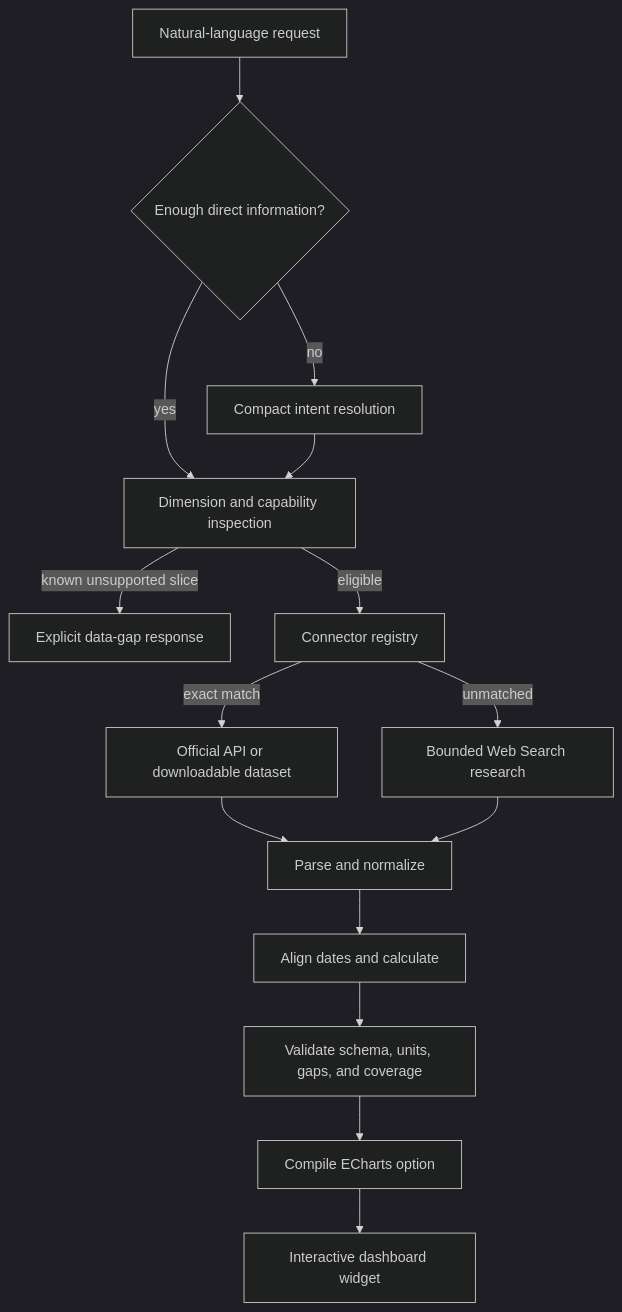
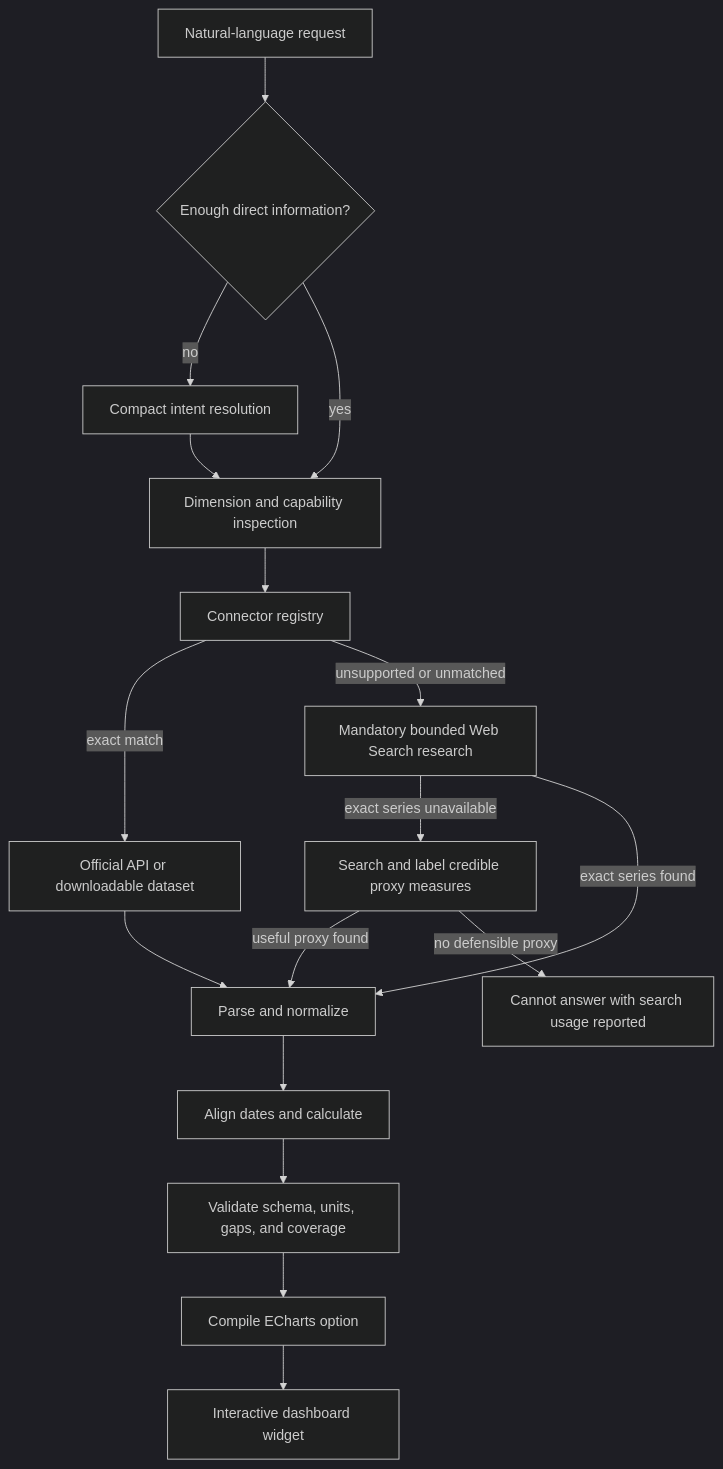
Before and after one commit to weifanwu/polaris: the diagram in docs/ARCHITECTURE.md, drawn with Mermaid (dark theme). The commit also changed other lines of this file and 8 other files, not shown here.

Commit message:
Route connector gaps to web research

````diff
--- a/docs/ARCHITECTURE.md
+++ b/docs/ARCHITECTURE.md
@@ -7,17 +7,19 @@
 ```mermaid
 flowchart TD
     A["Natural-language request"] --> B{"Enough direct information?"}
     B -->|"no"| C["Compact intent resolution"]
     B -->|"yes"| X["Dimension and capability inspection"]
     C --> X
-    X -->|"known unsupported slice"| Y["Explicit data-gap response"]
-    X -->|"eligible"| D["Connector registry"]
+    X --> D["Connector registry"]
     D -->|"exact match"| E["Official API or downloadable dataset"]
-    D -->|"unmatched"| F["Bounded Web Search research"]
+    D -->|"unsupported or unmatched"| F["Mandatory bounded Web Search research"]
+    F -->|"exact series unavailable"| P["Search and label credible proxy measures"]
+    P -->|"useful proxy found"| G
+    P -->|"no defensible proxy"| Q["Cannot answer with search usage reported"]
     E --> G["Parse and normalize"]
-    F --> G
+    F -->|"exact series found"| G
     G --> H["Align dates and calculate"]
     H --> I["Validate schema, units, gaps, and coverage"]
     I --> J["Compile ECharts option"]
     J --> K["Interactive dashboard widget"]
 ```
````
